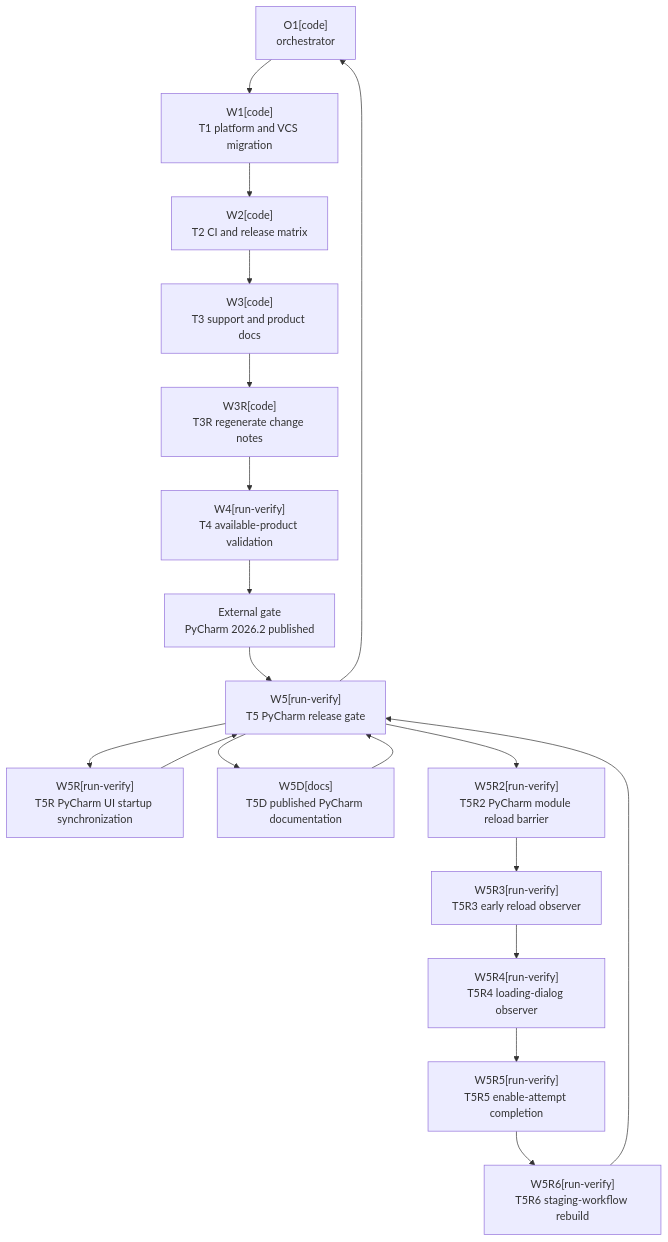
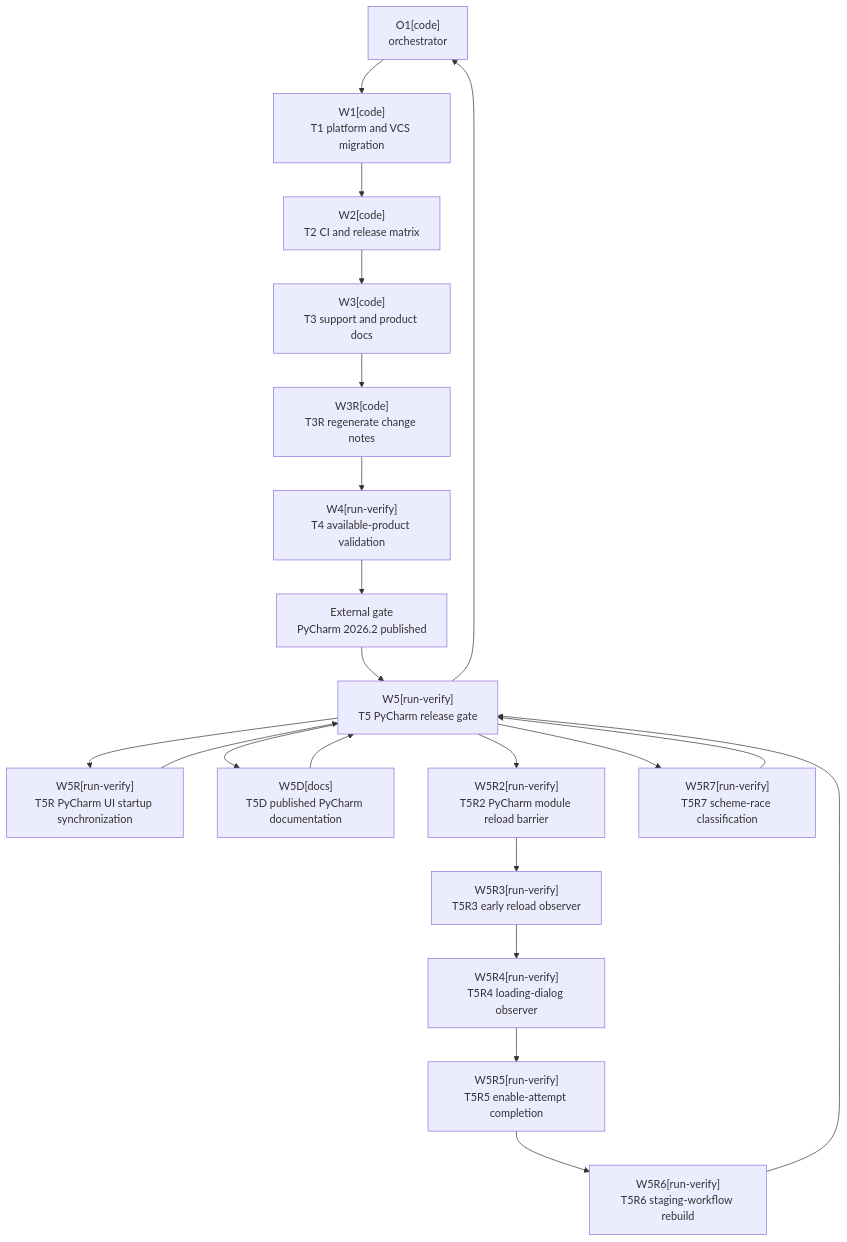
Before and after one commit to kamkie/intellij-ai-commit-all-plugin: the diagram in .agents/plans/PLAN-intellij-2026-2-sdk-upgrade.md, drawn with Mermaid. The commit also changed other lines of this file and 1 other file, not shown here.

First line of the commit message:
docs(plan): reconcile 2026.2 scheme-race remediation

````diff
--- a/.agents/plans/PLAN-intellij-2026-2-sdk-upgrade.md
+++ b/.agents/plans/PLAN-intellij-2026-2-sdk-upgrade.md
@@ -1000,19 +1071,20 @@
 ```mermaid
 flowchart TD
     O1["O1[code]<br/>orchestrator"]
     W1["W1[code]<br/>T1 platform and VCS migration"]
     W2["W2[code]<br/>T2 CI and release matrix"]
     W3["W3[code]<br/>T3 support and product docs"]
     W3R["W3R[code]<br/>T3R regenerate change notes"]
     W4["W4[run-verify]<br/>T4 available-product validation"]
     G1["External gate<br/>PyCharm 2026.2 published"]
     W5["W5[run-verify]<br/>T5 PyCharm release gate"]
     W5R["W5R[run-verify]<br/>T5R PyCharm UI startup synchronization"]
     W5D["W5D[docs]<br/>T5D published PyCharm documentation"]
     W5R2["W5R2[run-verify]<br/>T5R2 PyCharm module reload barrier"]
     W5R3["W5R3[run-verify]<br/>T5R3 early reload observer"]
     W5R4["W5R4[run-verify]<br/>T5R4 loading-dialog observer"]
     W5R5["W5R5[run-verify]<br/>T5R5 enable-attempt completion"]
     W5R6["W5R6[run-verify]<br/>T5R6 staging-workflow rebuild"]
-    O1 --> W1 --> W2 --> W3 --> W3R --> W4 --> G1 --> W5 --> W5R --> W5 --> W5D --> W5 --> W5R2 --> W5R3 --> W5R4 --> W5R5 --> W5R6 --> W5 --> O1
+    W5R7["W5R7[run-verify]<br/>T5R7 scheme-race classification"]
+    O1 --> W1 --> W2 --> W3 --> W3R --> W4 --> G1 --> W5 --> W5R --> W5 --> W5D --> W5 --> W5R2 --> W5R3 --> W5R4 --> W5R5 --> W5R6 --> W5 --> W5R7 --> W5 --> O1
 ```
````
